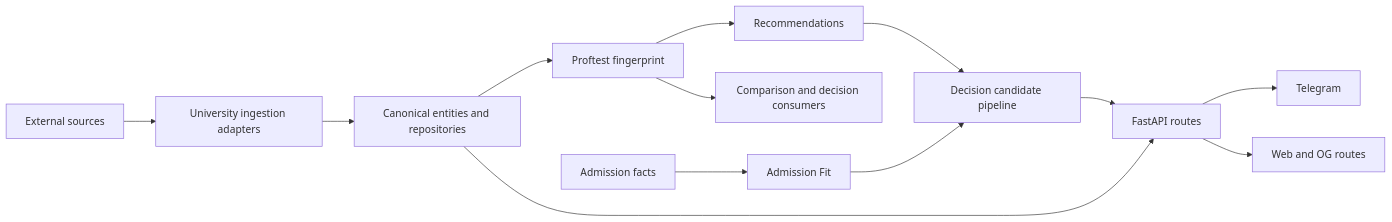
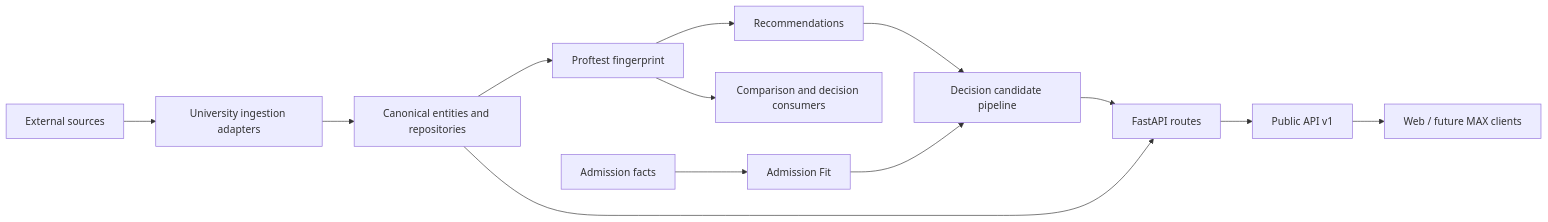
The first of 2 diagrams in docs/architecture/universal-analytics-dependency-graph.md (artemnoor/andromeda), drawn with Mermaid before and after one commit. The commit also changed other lines of this file and 120 other files, not shown here.

First line of the commit message:
feat(api): add Public API v1 and DATA-API contract

````diff
--- a/docs/architecture/universal-analytics-dependency-graph.md
+++ b/docs/architecture/universal-analytics-dependency-graph.md
@@ -7,15 +7,15 @@
 ```mermaid
 flowchart LR
   sources[External sources] --> ingestion[University ingestion adapters]
   ingestion --> canonical[Canonical entities and repositories]
   canonical --> proftest[Proftest fingerprint]
   proftest --> recommendations[Recommendations]
   proftest --> comparison[Comparison and decision consumers]
   admissions[Admission facts] --> admissionfit[Admission Fit]
   admissionfit --> decision[Decision candidate pipeline]
   recommendations --> decision
   canonical --> api[FastAPI routes]
   decision --> api
-  api --> telegram[Telegram]
-  api --> web[Web and OG routes]
+  api --> public[Public API v1]
+  public --> clients[Web / future MAX clients]
 ```
````
